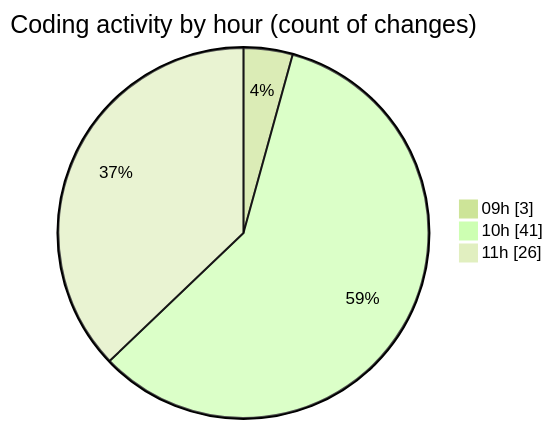
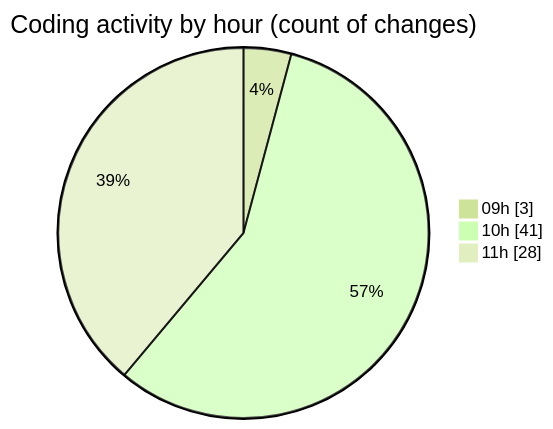
Before and after one commit to CELIANVF/code-tracking: the second of 2 diagrams in 2025-05-19/ecodeli-1/README.md, drawn with Mermaid (forest theme). The commit also changed other lines of this file and 1 other file, not shown here.

````diff
--- a/2025-05-19/ecodeli-1/README.md
+++ b/2025-05-19/ecodeli-1/README.md
@@ -49,7 +50,7 @@
 ```mermaid
 pie showData
 title Coding activity by hour (count of changes)
 "09h" : 3
 "10h" : 41
-"11h" : 26
+"11h" : 28
 ```
````
